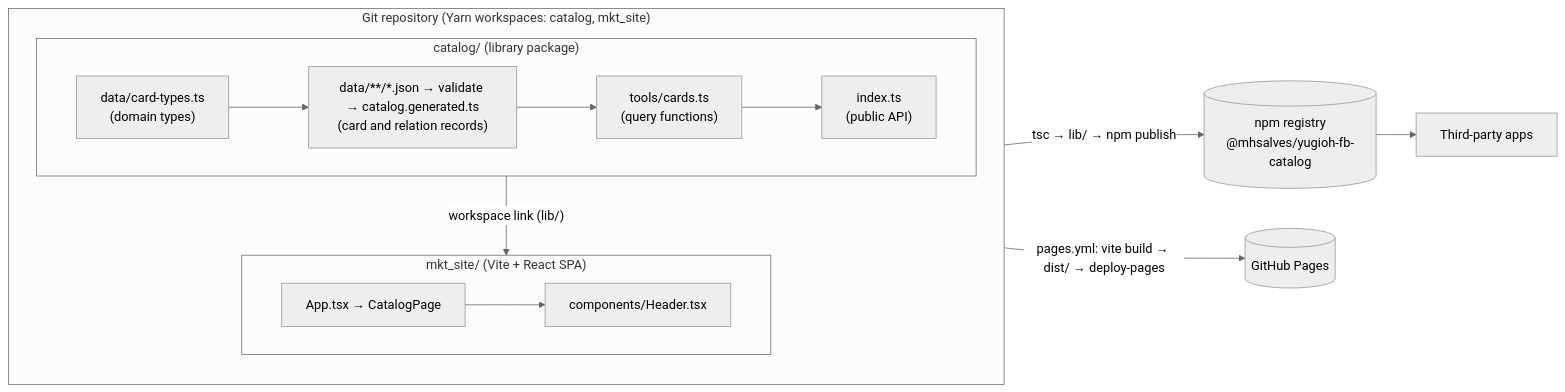
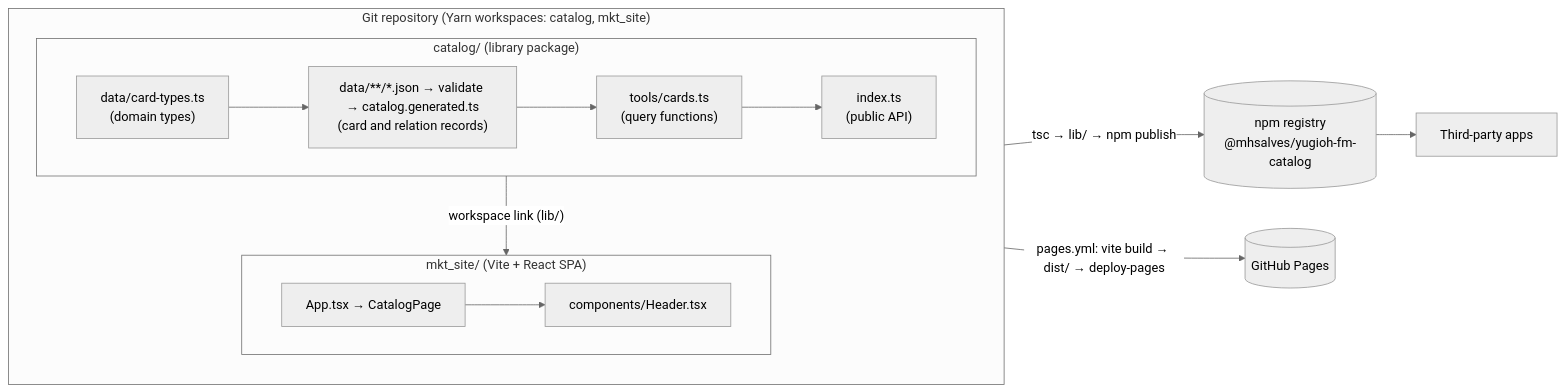
Before and after one commit to mhsalves/yugioh-fb-catalog: the first of 4 diagrams in docs/ARCHITECTURE.md, drawn with Mermaid (neutral theme). The commit also changed other lines of this file and 44 other files, not shown here.

First line of the commit message:
chore: Rename the project to yugioh-fm-catalog

````diff
--- a/docs/ARCHITECTURE.md
+++ b/docs/ARCHITECTURE.md
@@ -22,23 +22,23 @@
 ```mermaid
 flowchart LR
     subgraph repo["Git repository (Yarn workspaces: catalog, mkt_site)"]
         direction TB
         subgraph catalog["catalog/ (library package)"]
             types["data/card-types.ts<br/>(domain types)"]
             data["data/**/*.json → validate → catalog.generated.ts<br/>(card and relation records)"]
             tools["tools/cards.ts<br/>(query functions)"]
             entry["index.ts<br/>(public API)"]
             types --> data --> tools --> entry
         end
         subgraph site["mkt_site/ (Vite + React SPA)"]
             app["App.tsx → CatalogPage"]
             header["components/Header.tsx"]
             app --> header
         end
         catalog -- "workspace link (lib/)" --> site
     end
 
-    catalog -- "tsc → lib/ → npm publish" --> npm[("npm registry<br/>@mhsalves/yugioh-fb-catalog")]
+    catalog -- "tsc → lib/ → npm publish" --> npm[("npm registry<br/>@mhsalves/yugioh-fm-catalog")]
     site -- "pages.yml: vite build → dist/ → deploy-pages" --> pages[("GitHub Pages")]
     npm --> consumers["Third-party apps"]
 ```
````
